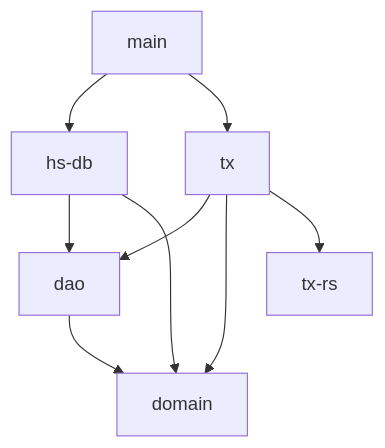
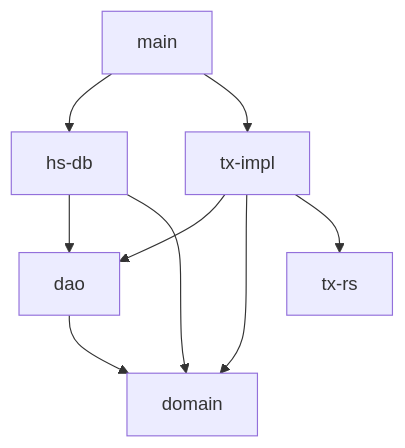
The diagram in README.md (cutsea110/payroll), drawn with Mermaid before and after one commit. The commit also changed 1 other file, not shown here.

Commit message:
rename module tx -> tx_impl

````diff
--- a/README.md
+++ b/README.md
@@ -3,12 +3,12 @@
 ```mermaid
 graph TD
 
   dao --> domain
-  tx --> dao
-  tx --> domain
-  tx --> tx-rs
+  tx-impl --> dao
+  tx-impl --> domain
+  tx-impl --> tx-rs
   hs-db --> dao
   hs-db --> domain
   main --> hs-db
-  main --> tx
+  main --> tx-impl
 ```
````
